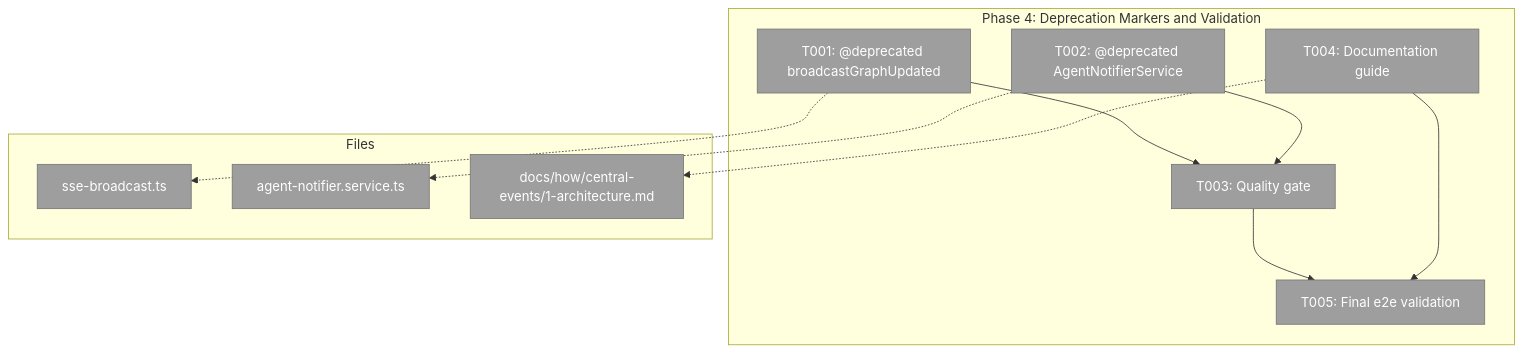
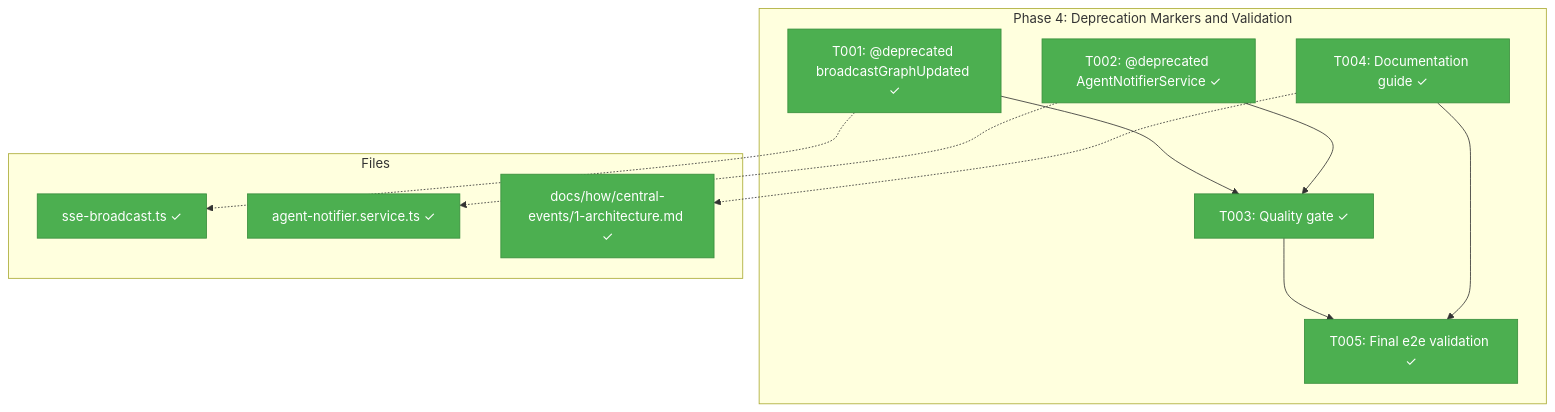
The first of 3 diagrams in docs/plans/027-central-notify-events/tasks/phase-4-deprecation-markers-and-validation/tasks.md (AI-Substrate/chainglass), drawn with Mermaid before and after one commit. The commit also changed other lines of this file and 12 other files, not shown here.

First line of the commit message:
feat(027): Phase 4 — deprecation markers, quality gate fixes, and architecture guide

````diff
--- a/docs/plans/027-central-notify-events/tasks/phase-4-deprecation-markers-and-validation/tasks.md
+++ b/docs/plans/027-central-notify-events/tasks/phase-4-deprecation-markers-and-validation/tasks.md
@@ -113,30 +113,30 @@
 ```mermaid
 flowchart TD
     classDef pending fill:#9E9E9E,stroke:#757575,color:#fff
     classDef inprogress fill:#FF9800,stroke:#F57C00,color:#fff
     classDef completed fill:#4CAF50,stroke:#388E3C,color:#fff
     classDef blocked fill:#F44336,stroke:#D32F2F,color:#fff
 
     subgraph Phase4["Phase 4: Deprecation Markers and Validation"]
-        T001["T001: @deprecated broadcastGraphUpdated"]:::pending
-        T002["T002: @deprecated AgentNotifierService"]:::pending
-        T003["T003: Quality gate"]:::pending
-        T004["T004: Documentation guide"]:::pending
-        T005["T005: Final e2e validation"]:::pending
+        T001["T001: @deprecated broadcastGraphUpdated ✓"]:::completed
+        T002["T002: @deprecated AgentNotifierService ✓"]:::completed
+        T003["T003: Quality gate ✓"]:::completed
+        T004["T004: Documentation guide ✓"]:::completed
+        T005["T005: Final e2e validation ✓"]:::completed
 
         T001 --> T003
         T002 --> T003
         T003 --> T005
         T004 --> T005
     end
 
     subgraph Files["Files"]
-        F1["sse-broadcast.ts"]:::pending
-        F2["agent-notifier.service.ts"]:::pending
-        F3["docs/how/central-events/1-architecture.md"]:::pending
+        F1["sse-broadcast.ts ✓"]:::completed
+        F2["agent-notifier.service.ts ✓"]:::completed
+        F3["docs/how/central-events/1-architecture.md ✓"]:::completed
     end
 
     T001 -.-> F1
     T002 -.-> F2
     T004 -.-> F3
 ```
````
